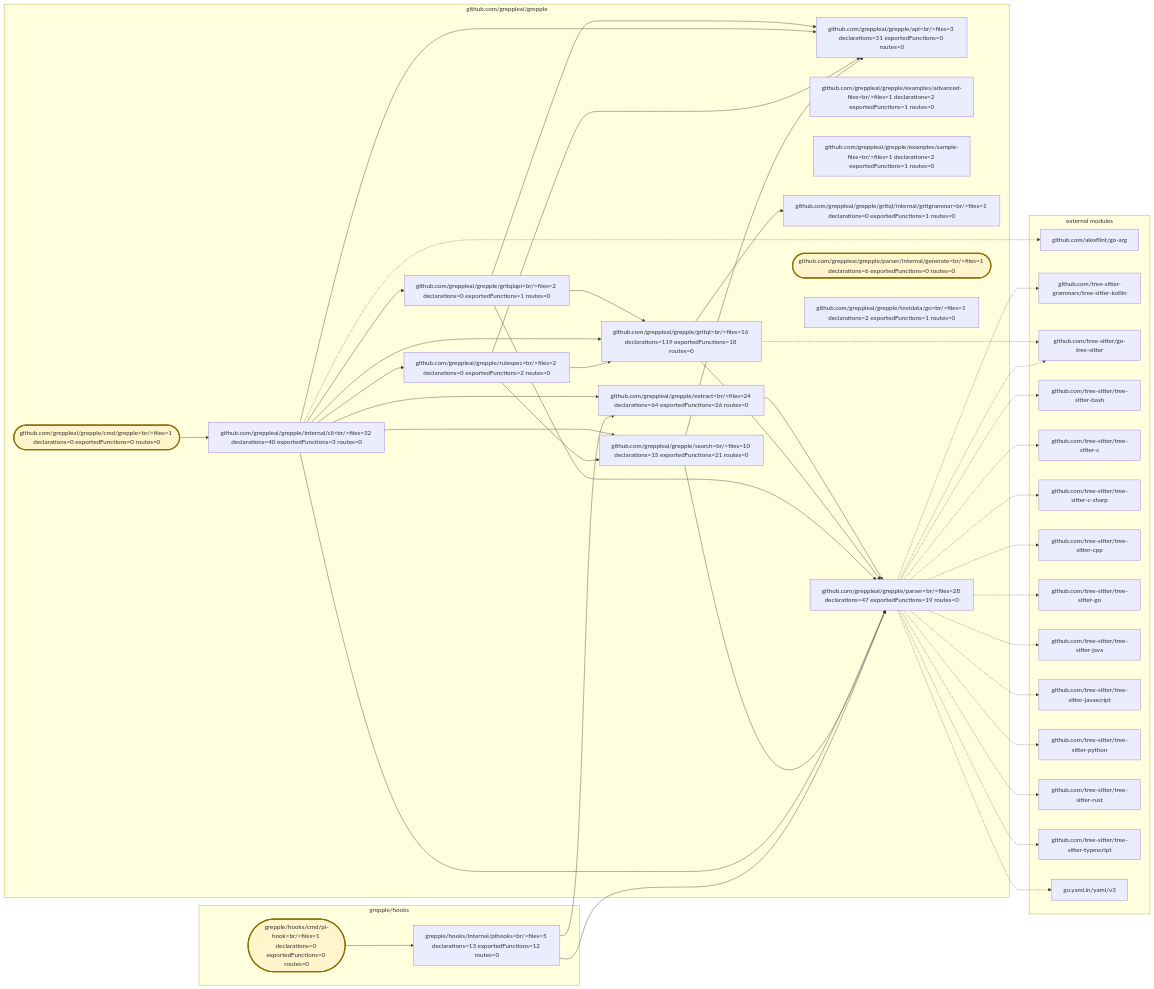
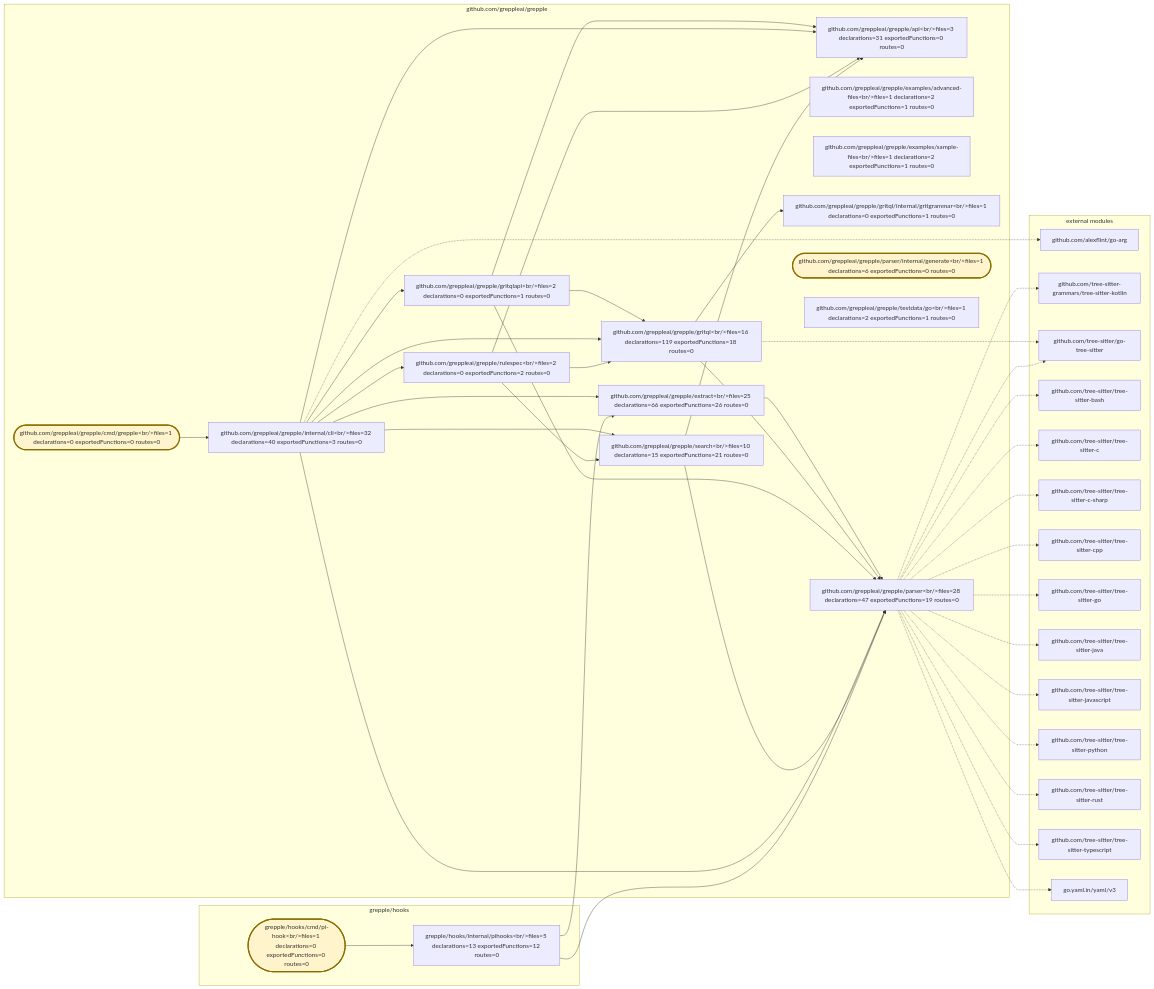
Before and after one commit to greppleai/grepple: the diagram in .grepple/project.workspace/overview.mmd, drawn with Mermaid. The commit also changed 23 other files, not shown here.

Commit message:
feat: add Python focused architecture extraction

```diff
--- a/.grepple/project.workspace/overview.mmd
+++ b/.grepple/project.workspace/overview.mmd
@@ -1,78 +1,78 @@
 flowchart LR
     classDef entrypoint fill:#fff4cc,stroke:#8a6d00,stroke-width:3px
     subgraph module_0["github.com/greppleai/grepple"]
         package_0["github.com/greppleai/grepple/api&lt;br/&gt;files=3 declarations=31 exportedFunctions=0 routes=0"]
         package_1(["github.com/greppleai/grepple/cmd/grepple&lt;br/&gt;files=1 declarations=0 exportedFunctions=0 routes=0"])
         class package_1 entrypoint
         package_2["github.com/greppleai/grepple/examples/advanced-files&lt;br/&gt;files=1 declarations=2 exportedFunctions=1 routes=0"]
         package_3["github.com/greppleai/grepple/examples/sample-files&lt;br/&gt;files=1 declarations=2 exportedFunctions=1 routes=0"]
-        package_4["github.com/greppleai/grepple/extract&lt;br/&gt;files=24 declarations=64 exportedFunctions=26 routes=0"]
+        package_4["github.com/greppleai/grepple/extract&lt;br/&gt;files=25 declarations=66 exportedFunctions=26 routes=0"]
         package_5["github.com/greppleai/grepple/gritql&lt;br/&gt;files=16 declarations=119 exportedFunctions=18 routes=0"]
         package_6["github.com/greppleai/grepple/gritql/internal/gritgrammar&lt;br/&gt;files=1 declarations=0 exportedFunctions=1 routes=0"]
         package_7["github.com/greppleai/grepple/gritqlapi&lt;br/&gt;files=2 declarations=0 exportedFunctions=1 routes=0"]
         package_8["github.com/greppleai/grepple/internal/cli&lt;br/&gt;files=32 declarations=40 exportedFunctions=3 routes=0"]
         package_9["github.com/greppleai/grepple/parser&lt;br/&gt;files=28 declarations=47 exportedFunctions=19 routes=0"]
         package_10(["github.com/greppleai/grepple/parser/internal/generate&lt;br/&gt;files=1 declarations=6 exportedFunctions=0 routes=0"])
         class package_10 entrypoint
         package_11["github.com/greppleai/grepple/rulespec&lt;br/&gt;files=2 declarations=0 exportedFunctions=2 routes=0"]
         package_12["github.com/greppleai/grepple/search&lt;br/&gt;files=10 declarations=15 exportedFunctions=21 routes=0"]
         package_13["github.com/greppleai/grepple/testdata/go&lt;br/&gt;files=1 declarations=2 exportedFunctions=1 routes=0"]
     end
     subgraph module_1["grepple/hooks"]
         package_14(["grepple/hooks/cmd/pi-hook&lt;br/&gt;files=1 declarations=0 exportedFunctions=0 routes=0"])
         class package_14 entrypoint
         package_15["grepple/hooks/internal/pihooks&lt;br/&gt;files=5 declarations=13 exportedFunctions=12 routes=0"]
     end
     package_1 --> package_8
     package_4 --> package_9
     package_5 --> package_6
     package_5 --> package_9
     package_7 --> package_0
     package_7 --> package_5
     package_7 --> package_9
     package_8 --> package_0
     package_8 --> package_4
     package_8 --> package_5
     package_8 --> package_7
     package_8 --> package_9
     package_8 --> package_11
     package_8 --> package_12
     package_11 --> package_0
     package_11 --> package_5
     package_11 --> package_12
     package_12 --> package_0
     package_12 --> package_9
     package_14 --> package_15
     package_15 --> package_4
     package_15 --> package_9
     subgraph external_dependencies["external modules"]
         external_0["github.com/alexflint/go-arg"]
         external_1["github.com/tree-sitter-grammars/tree-sitter-kotlin"]
         external_2["github.com/tree-sitter/go-tree-sitter"]
         external_3["github.com/tree-sitter/tree-sitter-bash"]
         external_4["github.com/tree-sitter/tree-sitter-c"]
         external_5["github.com/tree-sitter/tree-sitter-c-sharp"]
         external_6["github.com/tree-sitter/tree-sitter-cpp"]
         external_7["github.com/tree-sitter/tree-sitter-go"]
         external_8["github.com/tree-sitter/tree-sitter-java"]
         external_9["github.com/tree-sitter/tree-sitter-javascript"]
         external_10["github.com/tree-sitter/tree-sitter-python"]
         external_11["github.com/tree-sitter/tree-sitter-rust"]
         external_12["github.com/tree-sitter/tree-sitter-typescript"]
         external_13["go.yaml.in/yaml/v3"]
     end
     package_8 -.-> external_0
     package_9 -.-> external_1
     package_5 -.-> external_2
     package_9 -.-> external_2
     package_9 -.-> external_3
     package_9 -.-> external_4
     package_9 -.-> external_5
     package_9 -.-> external_6
     package_9 -.-> external_7
     package_9 -.-> external_8
     package_9 -.-> external_9
     package_9 -.-> external_10
     package_9 -.-> external_11
     package_9 -.-> external_12
     package_9 -.-> external_13
```
